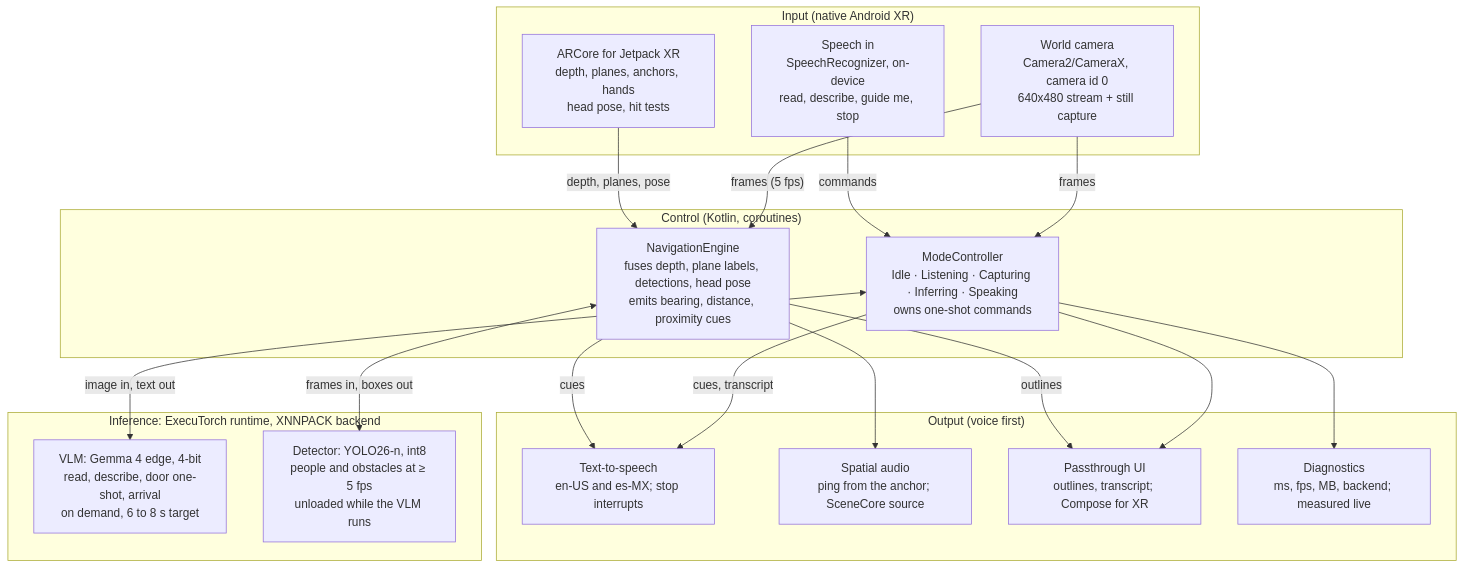
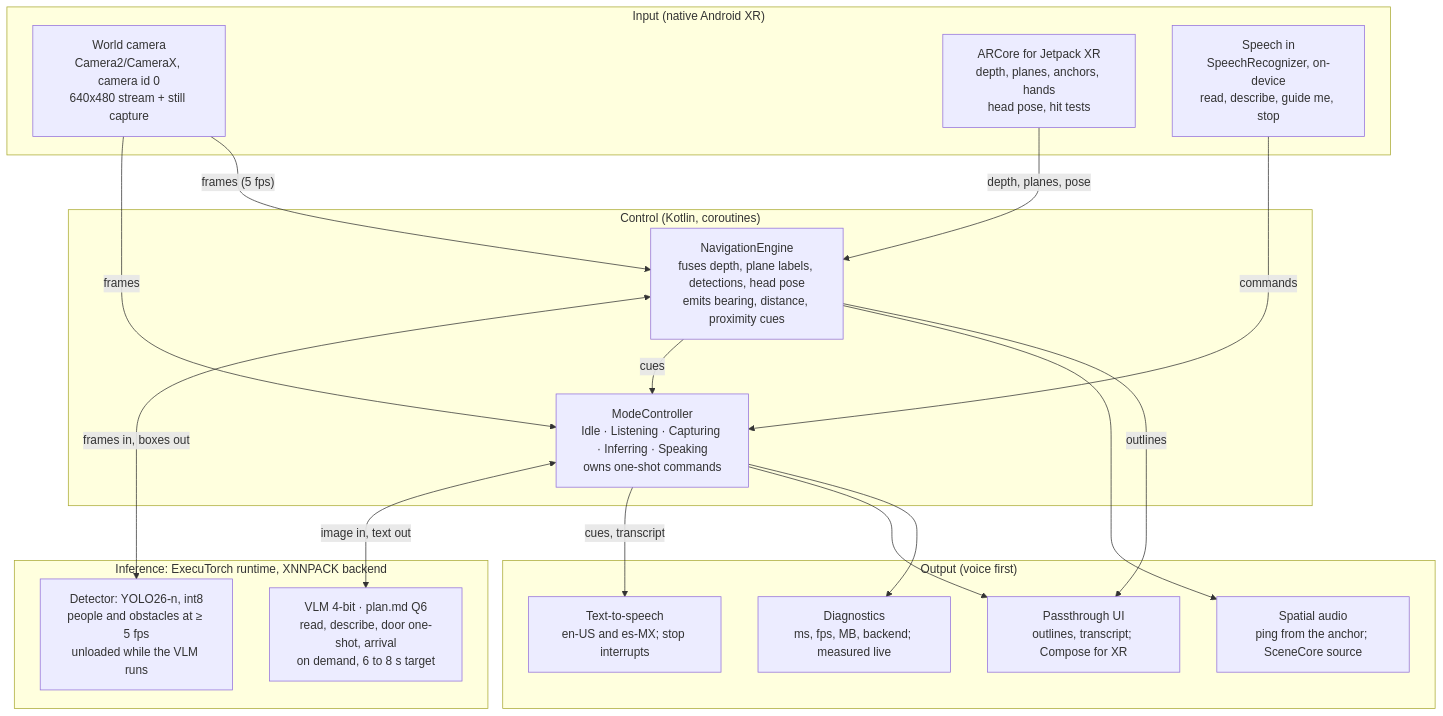
Before and after one commit to Cool-Coder174/vysion-app: the first of 4 diagrams in docs/architecture.md, drawn with Mermaid. The commit also changed other lines of this file and 83 other files, not shown here.

````diff
--- a/docs/architecture.md
+++ b/docs/architecture.md
@@ -7,34 +7,34 @@
 ```mermaid
 flowchart TB
   subgraph Input["Input (native Android XR)"]
     CAM["World camera<br/>Camera2/CameraX, camera id 0<br/>640x480 stream + still capture"]
     AR["ARCore for Jetpack XR<br/>depth, planes, anchors, hands<br/>head pose, hit tests"]
     SR["Speech in<br/>SpeechRecognizer, on-device<br/>read, describe, guide me, stop"]
   end
   subgraph Control["Control (Kotlin, coroutines)"]
     MC["ModeController<br/>Idle · Listening · Capturing · Inferring · Speaking<br/>owns one-shot commands"]
     NE["NavigationEngine<br/>fuses depth, plane labels, detections, head pose<br/>emits bearing, distance, proximity cues"]
   end
   subgraph Inference["Inference: ExecuTorch runtime, XNNPACK backend"]
-    VLM["VLM: Gemma 4 edge, 4-bit<br/>read, describe, door one-shot, arrival<br/>on demand, 6 to 8 s target"]
+    VLM["VLM 4-bit · plan.md Q6<br/>read, describe, door one-shot, arrival<br/>on demand, 6 to 8 s target"]
     DET["Detector: YOLO26-n, int8<br/>people and obstacles at ≥ 5 fps<br/>unloaded while the VLM runs"]
   end
   subgraph Output["Output (voice first)"]
     TTS["Text-to-speech<br/>en-US and es-MX; stop interrupts"]
     SA["Spatial audio<br/>ping from the anchor; SceneCore source"]
     UI["Passthrough UI<br/>outlines, transcript; Compose for XR"]
     DX["Diagnostics<br/>ms, fps, MB, backend; measured live"]
   end
   CAM -- "frames" --> MC
   CAM -- "frames (5 fps)" --> NE
   AR -- "depth, planes, pose" --> NE
   SR -- "commands" --> MC
   MC <-- "image in, text out" --> VLM
   NE <-- "frames in, boxes out" --> DET
   MC -- "cues, transcript" --> TTS
   MC --> UI
   MC --> DX
-  NE -- "cues" --> TTS
+  NE -- "cues" --> MC
   NE --> SA
   NE -- "outlines" --> UI
 ```
````
